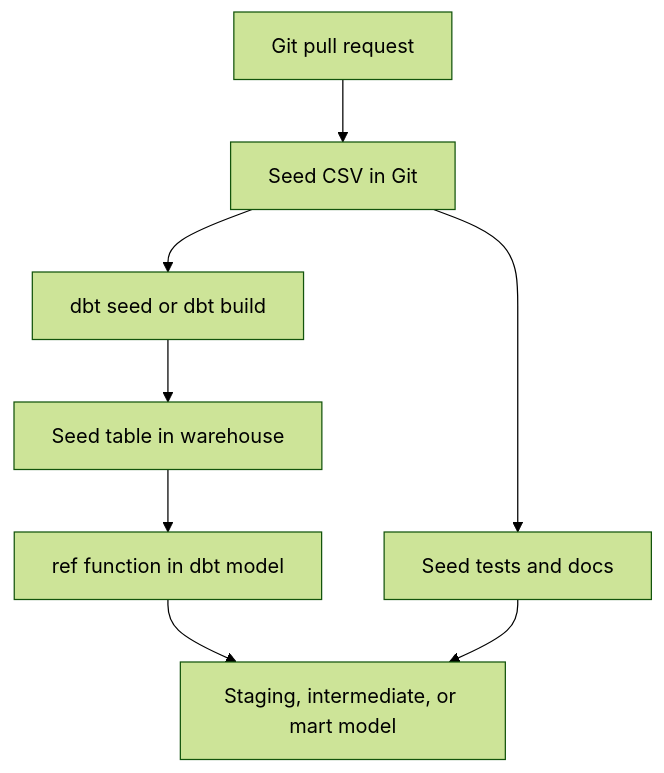
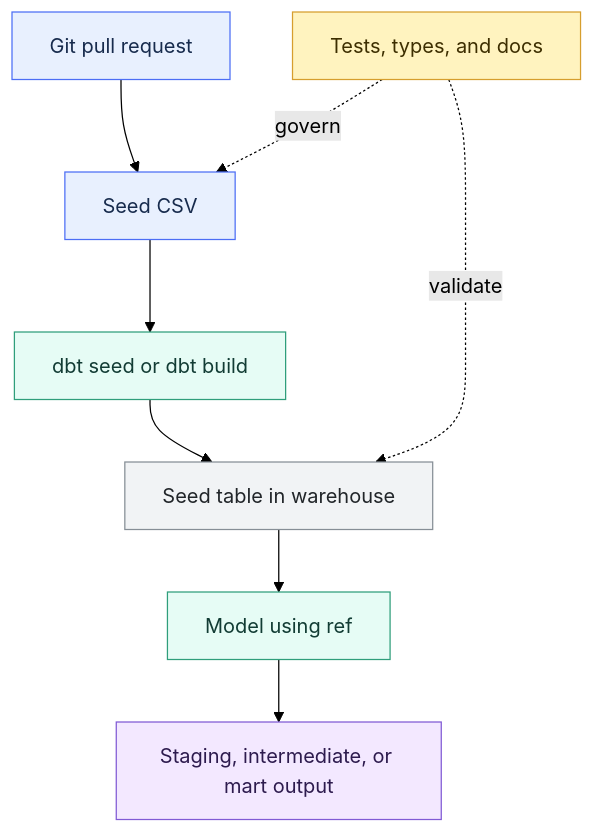
One commit to shonningsoy/Upskill changed the diagram in 02 dbt/01 Core Concepts and Project Structure/08 Seeds and Static Reference Data.md. Above: the diagram before and after it, drawn with Mermaid (forest theme). The commit also changed other lines of this file and 10 other files, not shown here.

````diff
--- a/02 dbt/01 Core Concepts and Project Structure/08 Seeds and Static Reference Data.md
+++ b/02 dbt/01 Core Concepts and Project Structure/08 Seeds and Static Reference Data.md
@@ -74,11 +75,22 @@
 ```mermaid
 flowchart TD
-    A[Seed CSV in Git] --> B[dbt seed or dbt build]
-    B --> C[Seed table in warehouse]
-    C --> D[ref function in dbt model]
-    D --> E[Staging, intermediate, or mart model]
+    A[Git pull request] --> B[Seed CSV]
+    B --> C[dbt seed or dbt build]
+    C --> D[Seed table in warehouse]
+    D --> E[Model using ref]
+    E --> F[Staging, intermediate, or mart output]
+    G[Tests, types, and docs] -. govern .-> B
+    G -. validate .-> D
 
-    F[Git pull request] --> A
-    A --> G[Seed tests and docs]
-    G --> E
+    classDef input fill:#E8F0FE,stroke:#4C6EF5,color:#172B4D
+    classDef control fill:#FFF3BF,stroke:#D69E2E,color:#3D2E00
+    classDef dbt fill:#E6FCF5,stroke:#2F9E7B,color:#123C34
+    classDef platform fill:#F1F3F5,stroke:#868E96,color:#212529
+    classDef output fill:#F3E8FF,stroke:#805AD5,color:#2D1B4E
+
+    class A,B input
+    class C,E dbt
+    class D platform
+    class F output
+    class G control
 ```
````
